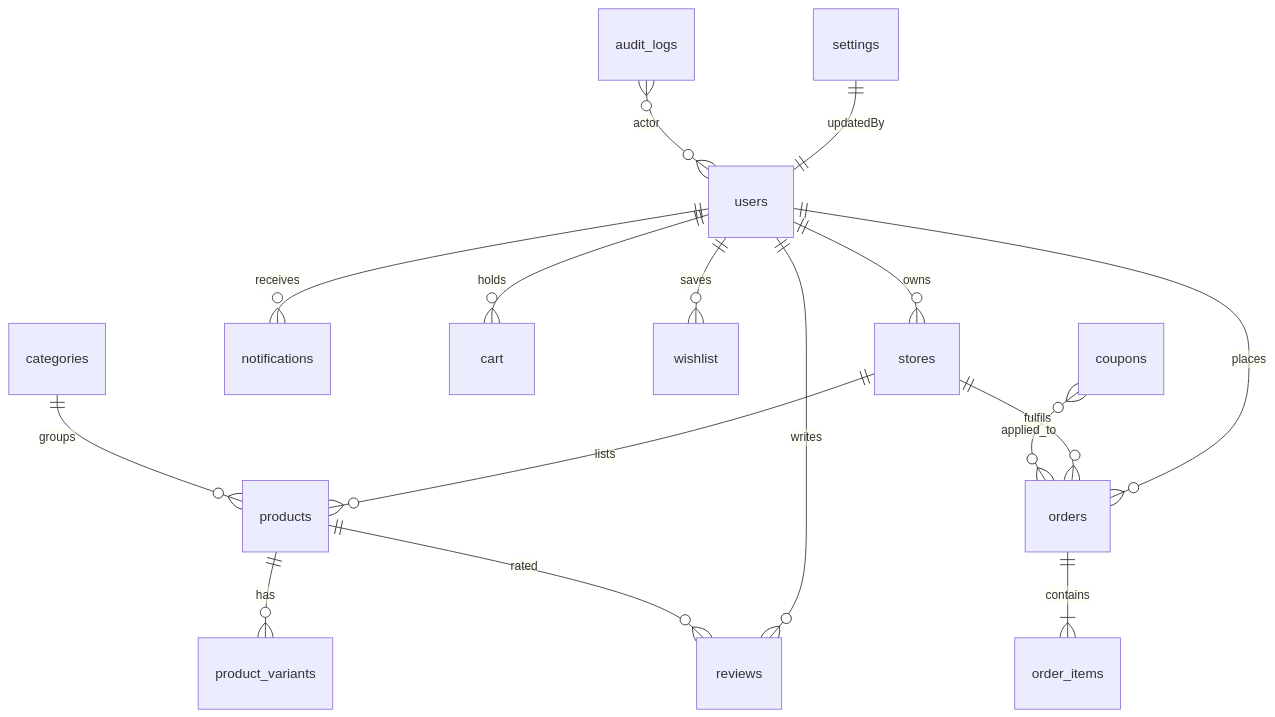
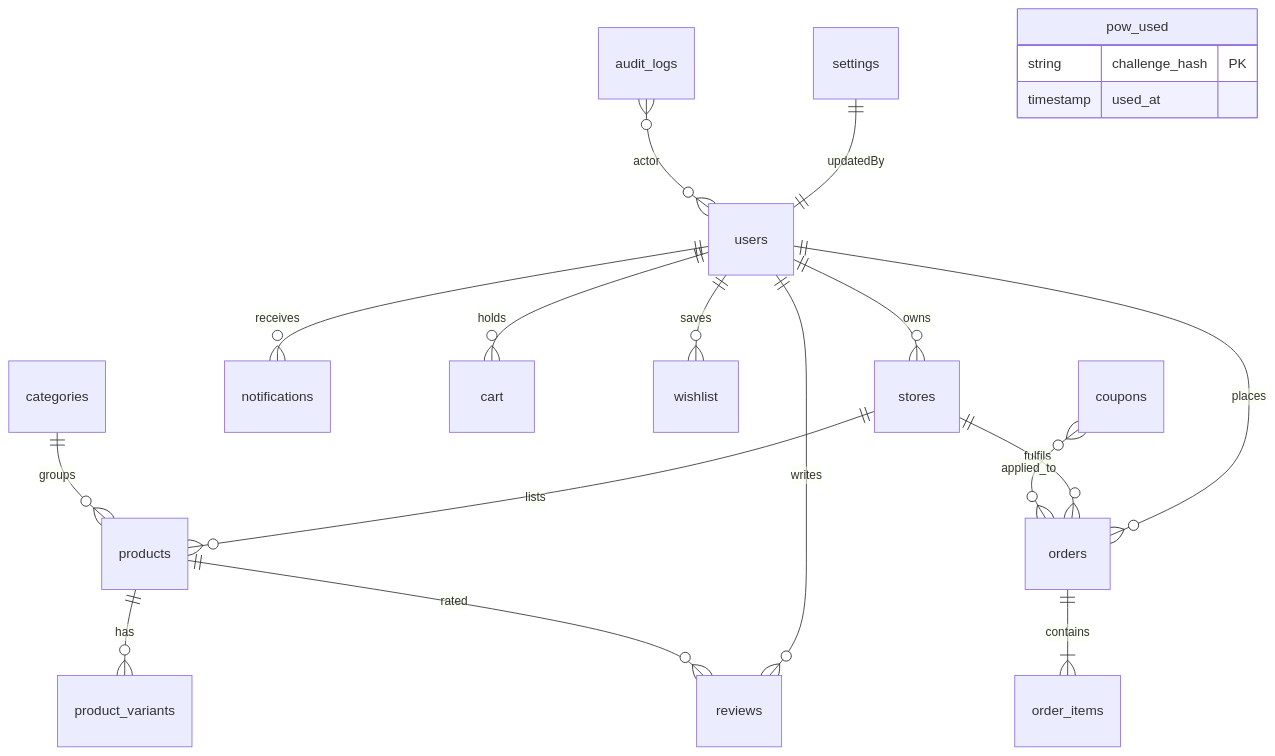
The fourth of 4 diagrams in docs/architecture.md (PrivMITLab/aalm-vastralay), drawn with Mermaid before and after one commit. The commit also changed other lines of this file and 13 other files, not shown here.

````diff
--- a/docs/architecture.md
+++ b/docs/architecture.md
@@ -55,18 +60,22 @@
 ```mermaid
 erDiagram
   users ||--o{ stores : owns
   users ||--o{ orders : places
   users ||--o{ reviews : writes
   users ||--o{ notifications : receives
   users ||--o{ cart : holds
   users ||--o{ wishlist : saves
   stores ||--o{ products : lists
   stores ||--o{ orders : fulfils
   categories ||--o{ products : groups
   products ||--o{ product_variants : has
   products ||--o{ reviews : rated
   orders ||--|{ order_items : contains
   coupons }o--o{ orders : applied_to
   settings ||--|| users : updatedBy
   audit_logs }o--o{ users : actor
+  pow_used {
+    string challenge_hash PK
+    timestamp used_at
+  }
 ```
````
